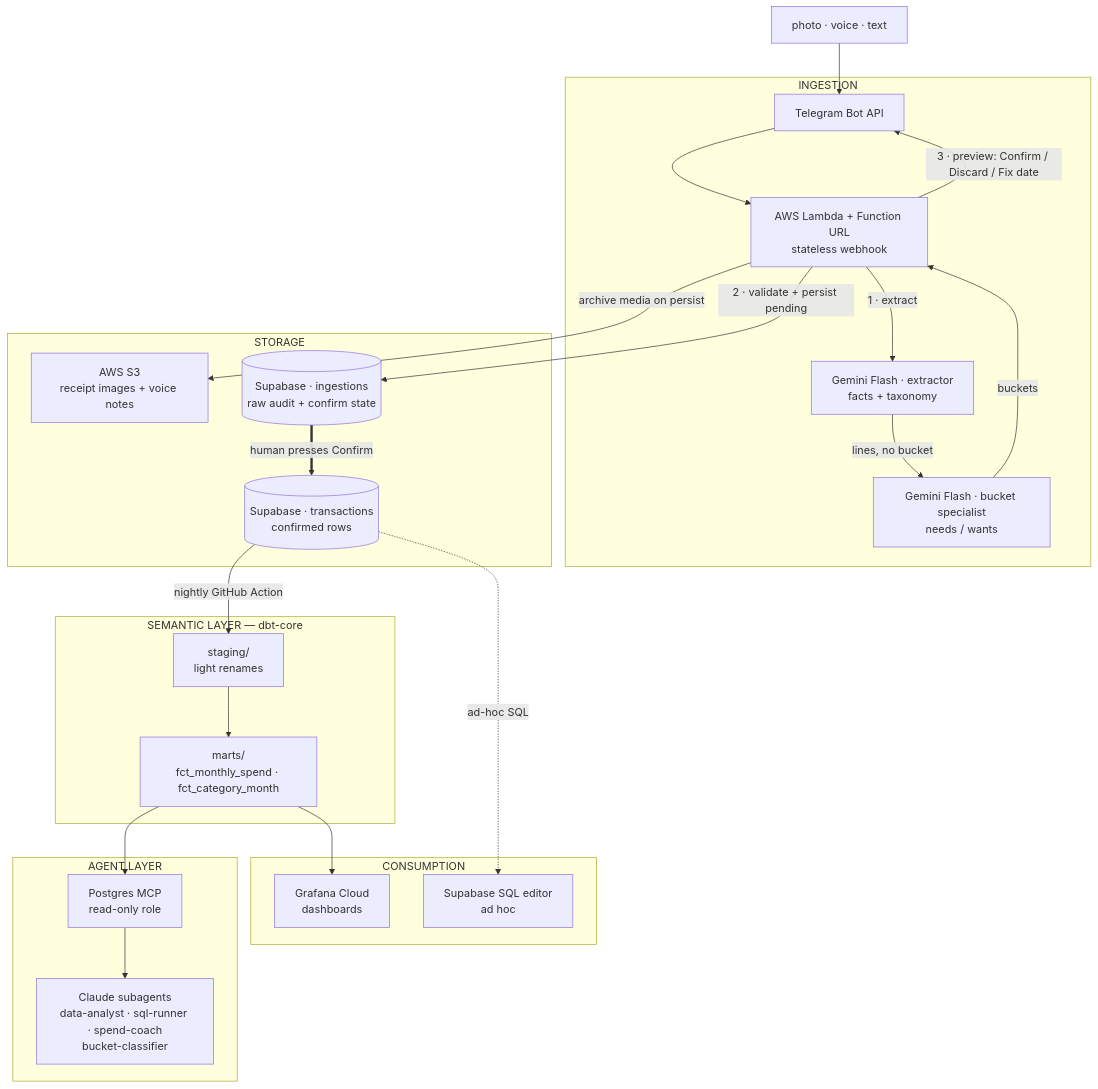
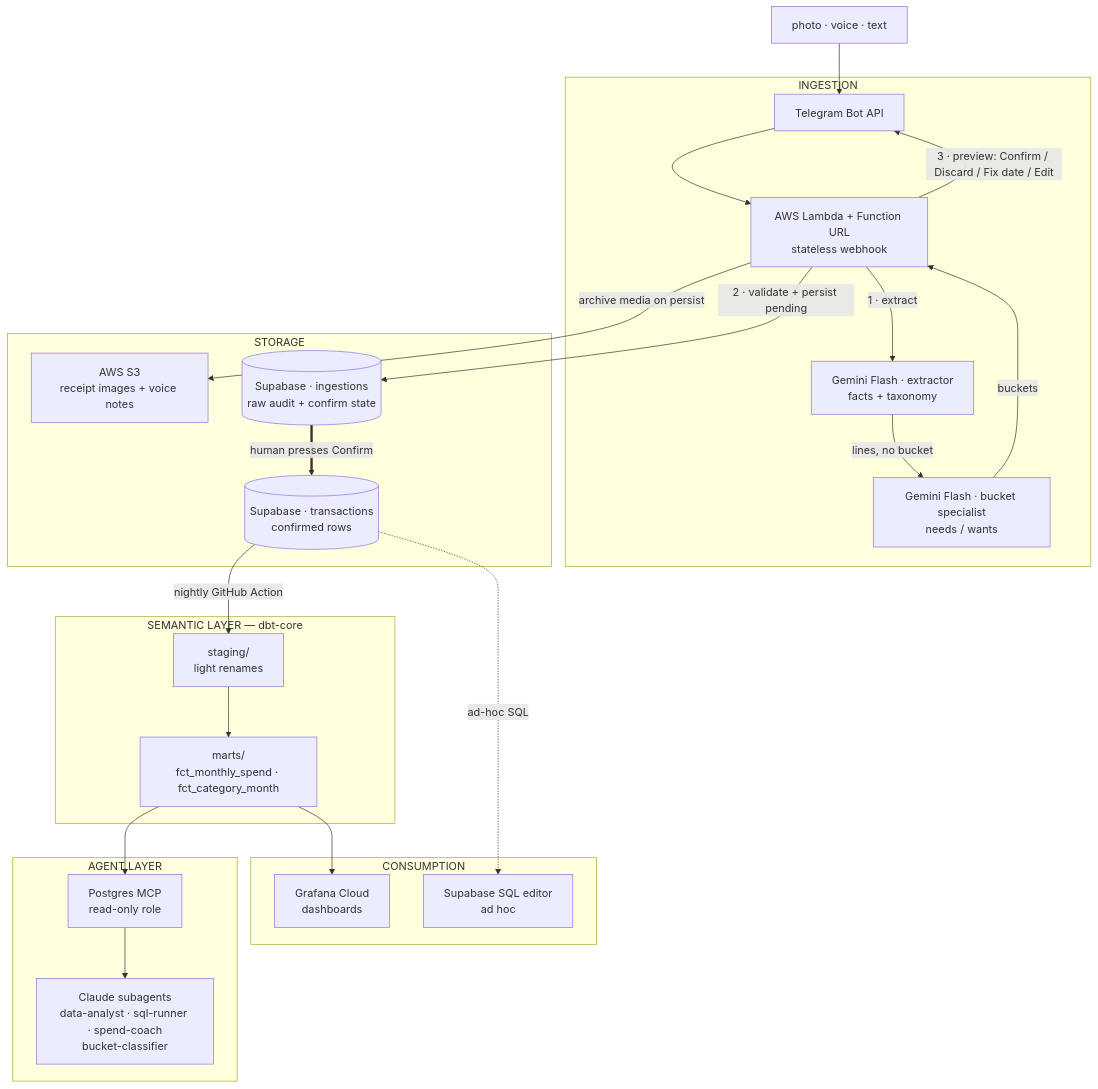
One commit to rafachan3/finflow changed the diagram in docs/ARCHITECTURE.md. Above: the diagram before and after it, drawn with Mermaid. The commit also changed other lines of this file and 12 other files, not shown here.

First line of the commit message:
feat: add Edit to the ingest confirm loop (#19)

````diff
--- a/docs/ARCHITECTURE.md
+++ b/docs/ARCHITECTURE.md
@@ -5,47 +5,47 @@
 ```mermaid
 flowchart TD
     SRC["photo · voice · text"]
 
     subgraph ING["INGESTION"]
         TG["Telegram Bot API"]
         LM["AWS Lambda + Function URL<br/>stateless webhook"]
         EX["Gemini Flash · extractor<br/>facts + taxonomy"]
         BK["Gemini Flash · bucket specialist<br/>needs / wants"]
     end
 
     subgraph STO["STORAGE"]
         S3["AWS S3<br/>receipt images + voice notes"]
         RAW[("Supabase · ingestions<br/>raw audit + confirm state")]
         TX[("Supabase · transactions<br/>confirmed rows")]
     end
 
     subgraph SEM["SEMANTIC LAYER — dbt-core"]
         STG["staging/<br/>light renames"]
         MRT["marts/<br/>fct_monthly_spend · fct_category_month"]
     end
 
     subgraph OUT["CONSUMPTION"]
         GRF["Grafana Cloud<br/>dashboards"]
         SQL["Supabase SQL editor<br/>ad hoc"]
     end
 
     subgraph AGT["AGENT LAYER"]
         MCP["Postgres MCP<br/>read-only role"]
         SUB["Claude subagents<br/>data-analyst · sql-runner · spend-coach<br/>bucket-classifier"]
     end
 
     SRC --> TG --> LM
     LM -->|"1 · extract"| EX
     EX -->|"lines, no bucket"| BK
     BK -->|"buckets"| LM
     LM -->|"2 · validate + persist pending"| RAW
     LM -->|"archive media on persist"| S3
-    LM -->|"3 · preview: Confirm / Discard / Fix date"| TG
+    LM -->|"3 · preview: Confirm / Discard / Fix date / Edit"| TG
     RAW ==>|"human presses Confirm"| TX
     TX -->|"nightly GitHub Action"| STG
     STG --> MRT
     MRT --> GRF
     MRT --> MCP
     MCP --> SUB
     TX -.->|"ad-hoc SQL"| SQL
 ```
````
